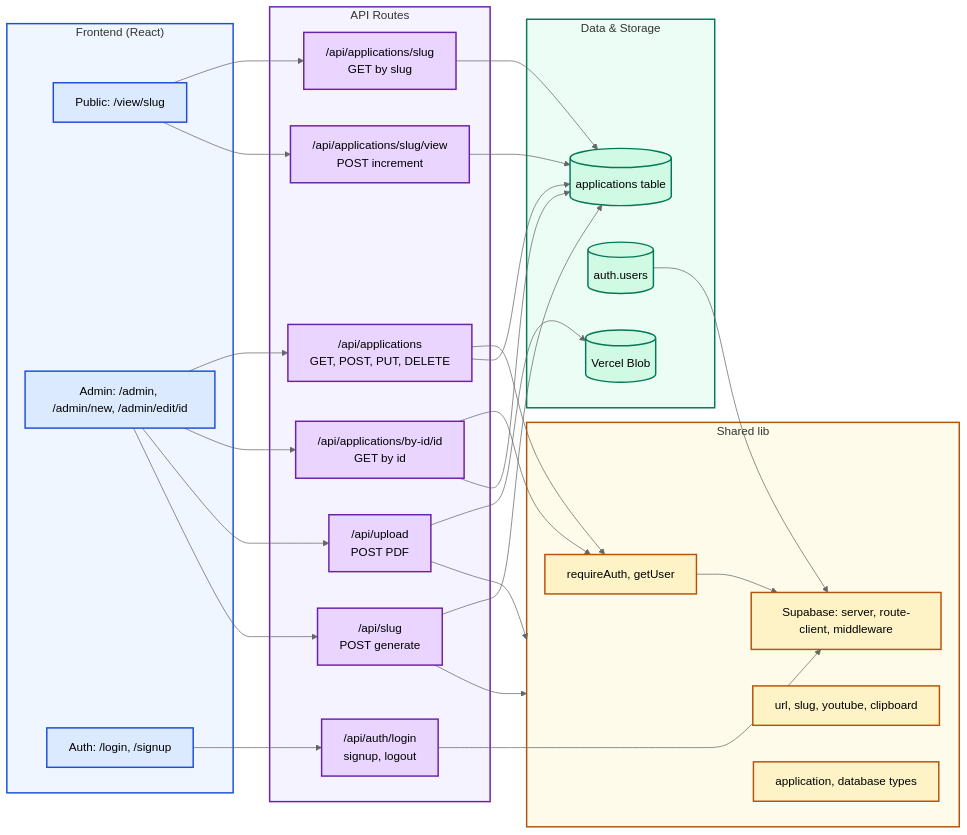
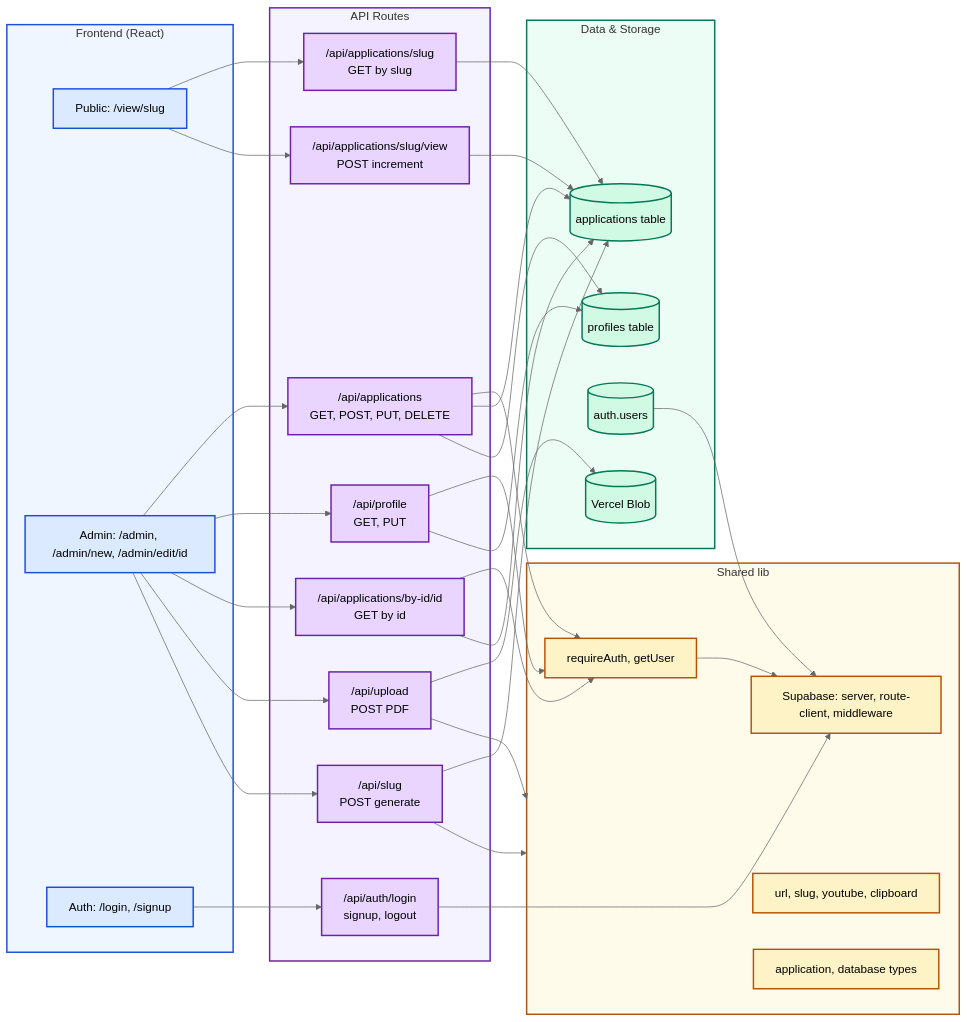
The second of 5 diagrams in docs/ARCHITECTURE.md (joan-gerard/my-hire-view), drawn with Mermaid (neutral theme) before and after one commit. The commit also changed other lines of this file and 11 other files, not shown here.

Commit message:
Add profiles table and candidate snapshot on applications for recruiter view

```diff
--- a/docs/ARCHITECTURE.md
+++ b/docs/ARCHITECTURE.md
@@ -85,6 +85,7 @@
 
   subgraph API["API Routes"]
     AppsAPI["/api/applications<br>GET, POST, PUT, DELETE"]
+    ProfileAPI["/api/profile<br>GET, PUT"]
     SlugAPI["/api/applications/slug<br>GET by slug"]
     ViewAPI["/api/applications/slug/view<br>POST increment"]
     ByIdAPI["/api/applications/by-id/id<br>GET by id"]
@@ -102,12 +103,14 @@
 
   subgraph Data["Data & Storage"]
     DB[(applications table)]
+    ProfilesTable[(profiles table)]
     AuthUsers[(auth.users)]
     BlobStore[(Vercel Blob)]
   end
 
   Public --> SlugAPI
   Admin --> AppsAPI
+  Admin --> ProfileAPI
   Admin --> ByIdAPI
   Admin --> UploadAPI
   Admin --> SlugGenAPI
@@ -116,13 +119,16 @@
 
   AppsAPI --> Auth
   ByIdAPI --> Auth
+  ProfileAPI --> Auth
   UploadAPI --> Lib
   AuthAPI --> SupabaseClients
   SlugGenAPI --> Lib
 
   Auth --> SupabaseClients
   AppsAPI --> DB
+  AppsAPI --> ProfilesTable
   ByIdAPI --> DB
+  ProfileAPI --> ProfilesTable
   SlugAPI --> DB
   ViewAPI --> DB
   SlugGenAPI --> DB
@@ -139,11 +145,13 @@
   style AuthAPI fill:#e9d5ff,stroke:#6b21a8,stroke-width:2px
   style UploadAPI fill:#e9d5ff,stroke:#6b21a8,stroke-width:2px
   style SlugGenAPI fill:#e9d5ff,stroke:#6b21a8,stroke-width:2px
+  style ProfileAPI fill:#e9d5ff,stroke:#6b21a8,stroke-width:2px
   style Auth fill:#fef3c7,stroke:#b45309,stroke-width:2px
   style SupabaseClients fill:#fef3c7,stroke:#b45309,stroke-width:2px
   style Utils fill:#fef3c7,stroke:#b45309,stroke-width:2px
   style Types fill:#fef3c7,stroke:#b45309,stroke-width:2px
   style DB fill:#d1fae5,stroke:#047857,stroke-width:2px
+  style ProfilesTable fill:#d1fae5,stroke:#047857,stroke-width:2px
   style AuthUsers fill:#d1fae5,stroke:#047857,stroke-width:2px
   style BlobStore fill:#d1fae5,stroke:#047857,stroke-width:2px
   style Frontend fill:#eff6ff,stroke:#1d4ed8,stroke-width:2px
```
